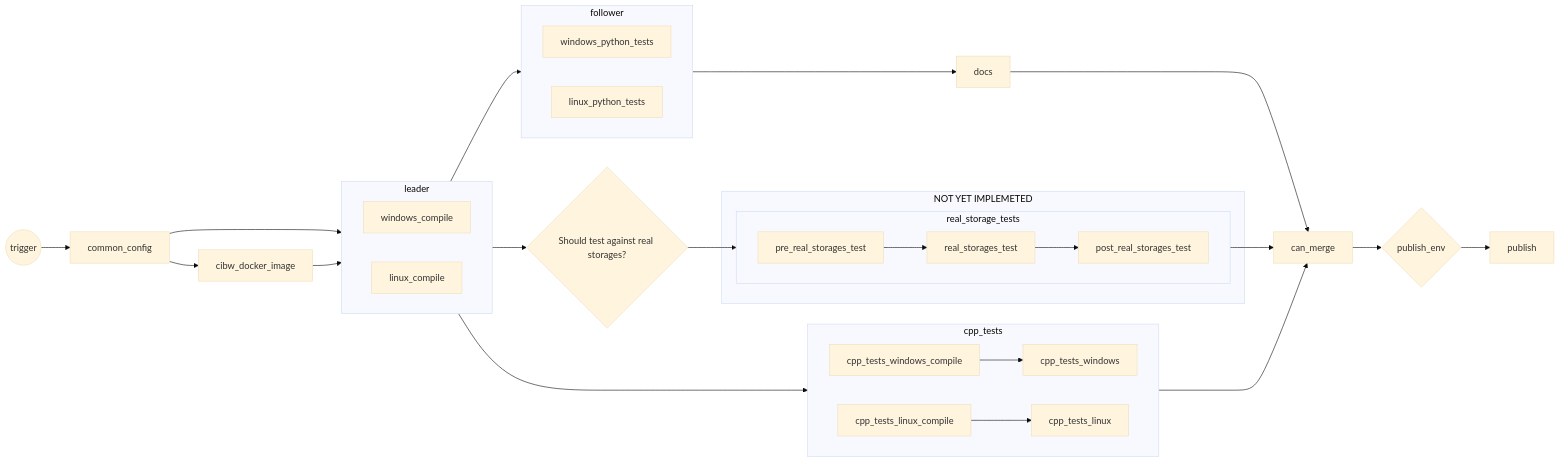
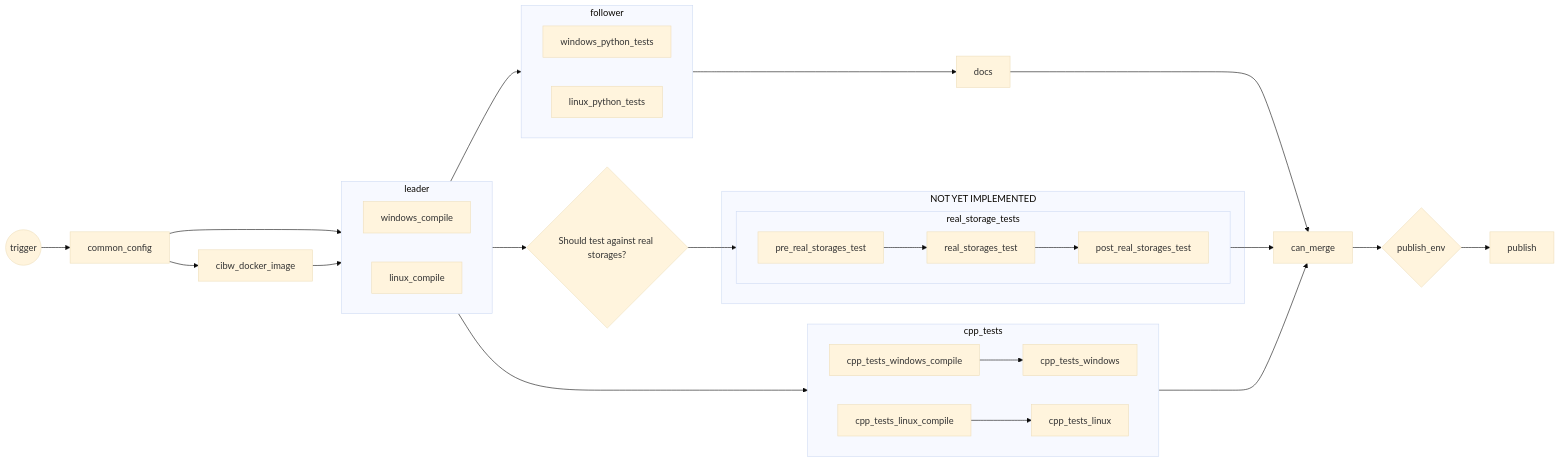
One commit to man-group/ArcticDB changed the diagram in .github/workflows/README.md. Above: the diagram before and after it, drawn with Mermaid (base theme). The commit also changed other lines of this file and 6 other files, not shown here.

````diff
--- a/.github/workflows/README.md
+++ b/.github/workflows/README.md
@@ -19,39 +19,39 @@
 ``` mermaid
 ---
 Build Steps
 ---
 flowchart LR
     A((trigger)) --> common_config
     common_config --> cibw_docker_image
     common_config --> windows_compile
     cibw_docker_image --> linux_compile
     subgraph leader
         direction LR
         windows_compile
         linux_compile
     end
     subgraph follower
         direction LR
         windows_python_tests
         linux_python_tests
     end
     subgraph cpp_tests
         direction LR
         cpp_tests_windows_compile --> cpp_tests_windows
         cpp_tests_linux_compile --> cpp_tests_linux
     end
-    subgraph NOT YET IMPLEMETED
+    subgraph NOT YET IMPLEMENTED
         subgraph real_storage_tests
             direction LR
             pre_real_storages_test --> real_storages_test
             real_storages_test --> post_real_storages_test
         end
     end
     leader --> follower
     leader --> cpp_tests
     leader --> real_storage{Should test against real storages?} --> real_storage_tests --> can_merge
     follower --> docs
     docs --> can_merge
     cpp_tests --> can_merge
     can_merge --> pub_check{publish_env} --> publish
 ```
````
